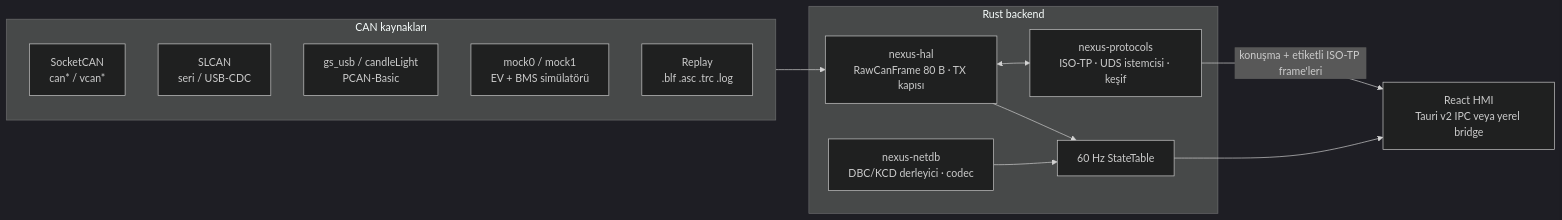
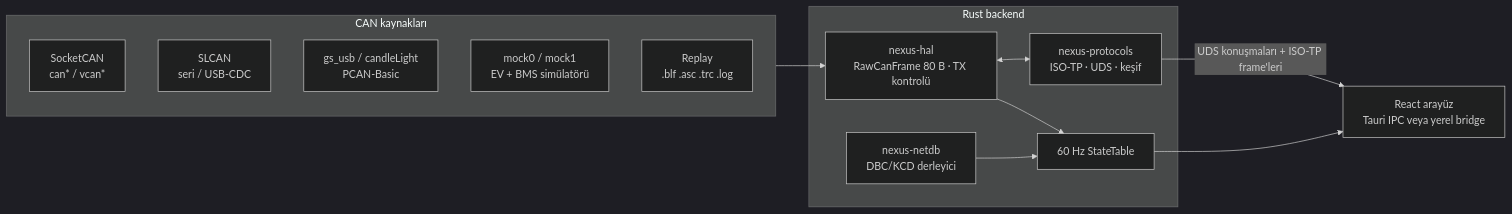
Before and after one commit to ethanskyemc/NexusCAN: the diagram in README.tr.md, drawn with Mermaid (dark theme). The commit also changed other lines of this file, not shown here.

````diff
--- a/README.tr.md
+++ b/README.tr.md
@@ -177,21 +174,21 @@
 ```mermaid
 flowchart LR
     subgraph HW["CAN kaynakları"]
         SC[SocketCAN<br/>can* / vcan*]
         SL[SLCAN<br/>seri / USB-CDC]
         GU[gs_usb / candleLight<br/>PCAN-Basic]
         MK[mock0 / mock1<br/>EV + BMS simülatörü]
         RP[Replay<br/>.blf .asc .trc .log]
     end
     subgraph Core["Rust backend"]
-        HAL[nexus-hal<br/>RawCanFrame 80 B · TX kapısı]
-        NET[nexus-netdb<br/>DBC/KCD derleyici · codec]
-        PRO[nexus-protocols<br/>ISO-TP · UDS istemcisi · keşif]
+        HAL[nexus-hal<br/>RawCanFrame 80 B · TX kontrolü]
+        NET[nexus-netdb<br/>DBC/KCD derleyici]
+        PRO[nexus-protocols<br/>ISO-TP · UDS · keşif]
         ST[60 Hz StateTable]
     end
-    UI[React HMI<br/>Tauri v2 IPC veya yerel bridge]
+    UI[React arayüz<br/>Tauri IPC veya yerel bridge]
     HW --> HAL --> ST --> UI
     HAL <--> PRO
     NET --> ST
-    PRO -- konuşma + etiketli ISO-TP frame'leri --> UI
+    PRO -- UDS konuşmaları + ISO-TP frame'leri --> UI
 ```
````
